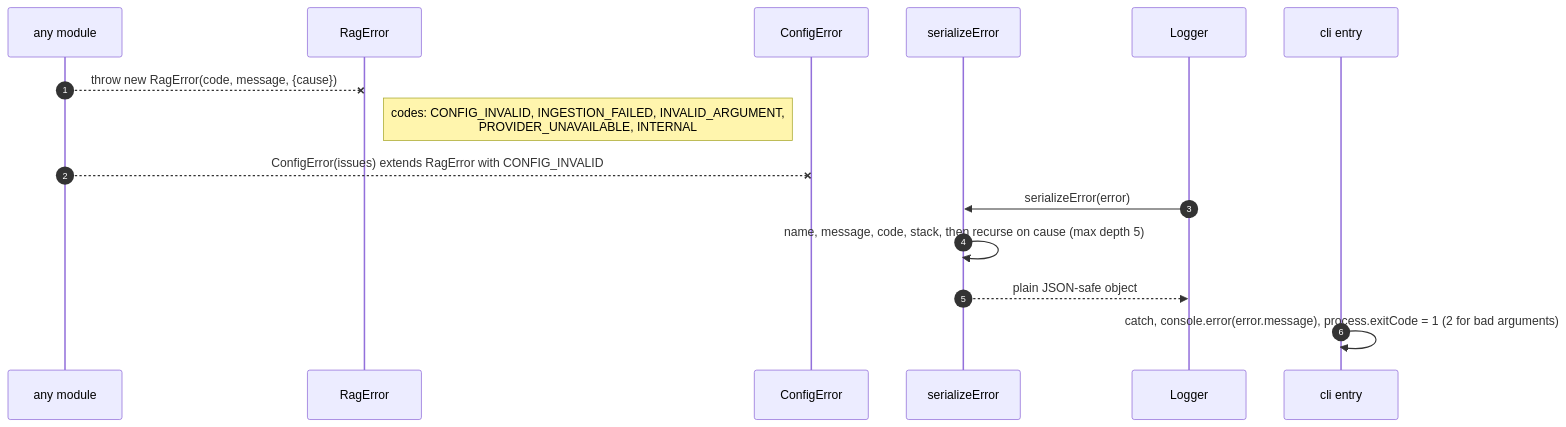
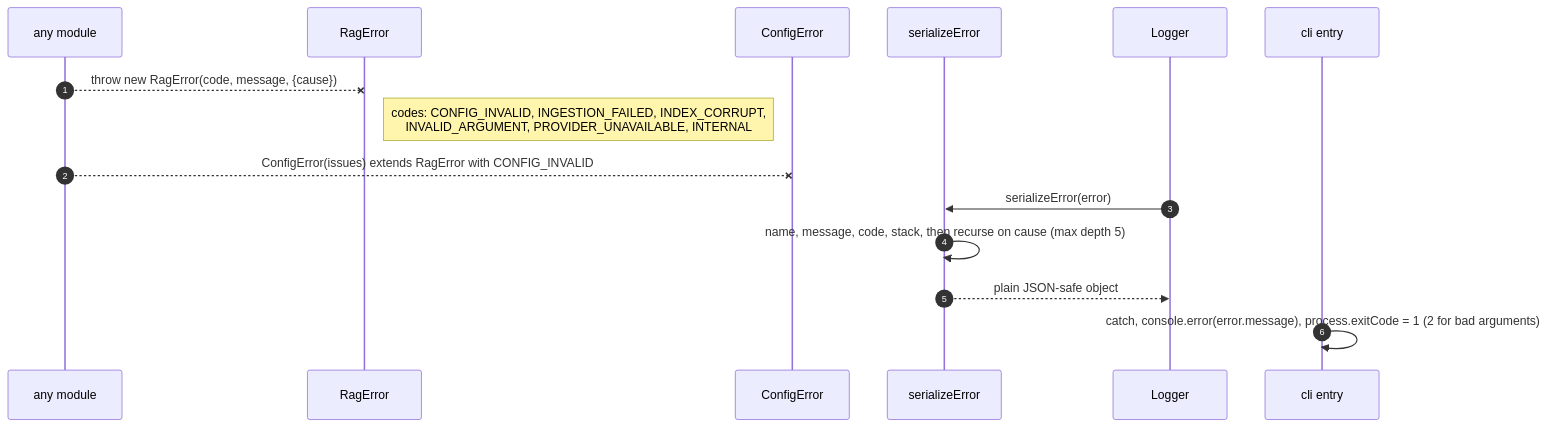
Diagram 14 of 14 in docs/sequence/m0-foundations.md (Shenandoah26-05/RAG_Book), drawn with Mermaid before and after one commit. The commit also changed 10 other files, not shown here.

````diff
--- a/docs/sequence/m0-foundations.md
+++ b/docs/sequence/m0-foundations.md
@@ -476,18 +476,18 @@
 ```mermaid
 sequenceDiagram
   autonumber
   participant Src as any module
   participant RE as RagError
   participant CE as ConfigError
   participant SE as serializeError
   participant Log as Logger
   participant CLI as cli entry
 
   Src--xRE: throw new RagError(code, message, {cause})
-  Note right of RE: codes: CONFIG_INVALID, INGESTION_FAILED, INVALID_ARGUMENT,<br/>PROVIDER_UNAVAILABLE, INTERNAL
+  Note right of RE: codes: CONFIG_INVALID, INGESTION_FAILED, INDEX_CORRUPT,<br/>INVALID_ARGUMENT, PROVIDER_UNAVAILABLE, INTERNAL
   Src--xCE: ConfigError(issues) extends RagError with CONFIG_INVALID
   Log->>SE: serializeError(error)
   SE->>SE: name, message, code, stack, then recurse on cause (max depth 5)
   SE-->>Log: plain JSON-safe object
   CLI->>CLI: catch, console.error(error.message), process.exitCode = 1 (2 for bad arguments)
 ```
````
